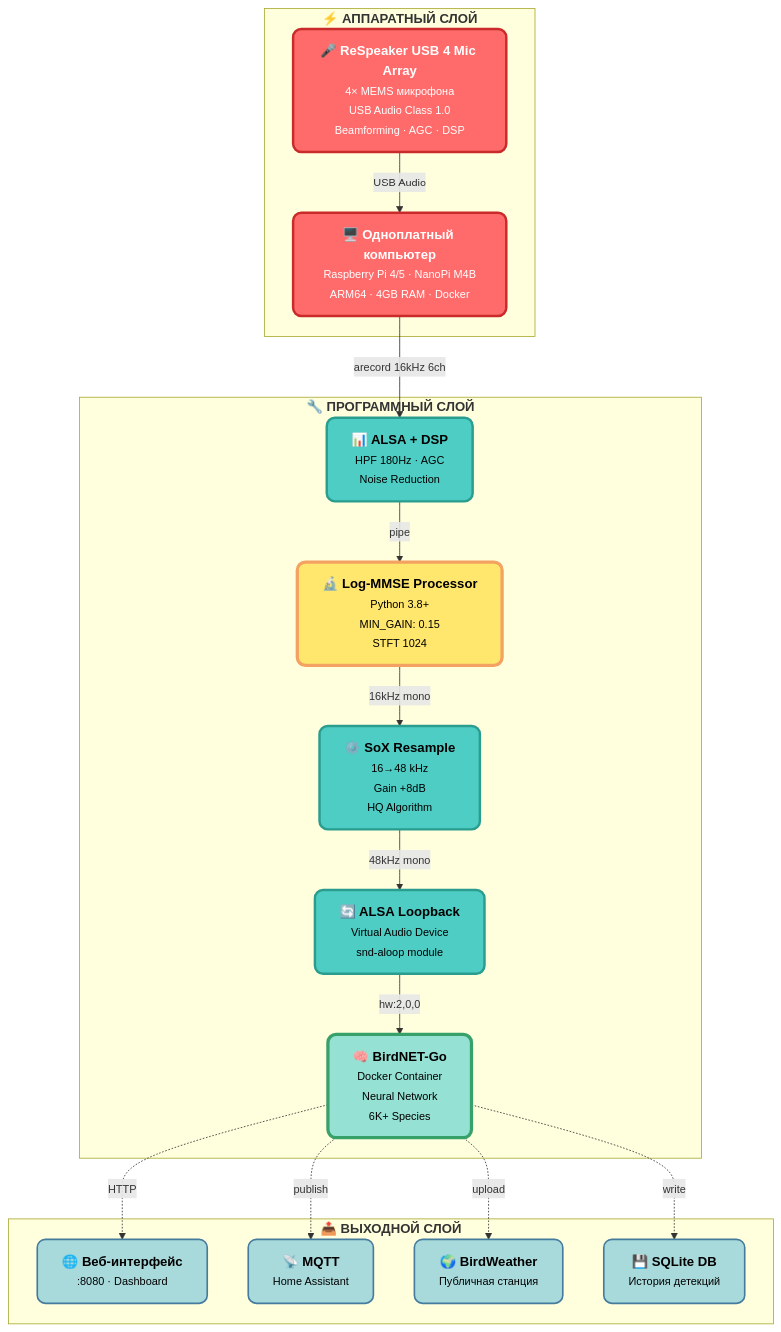
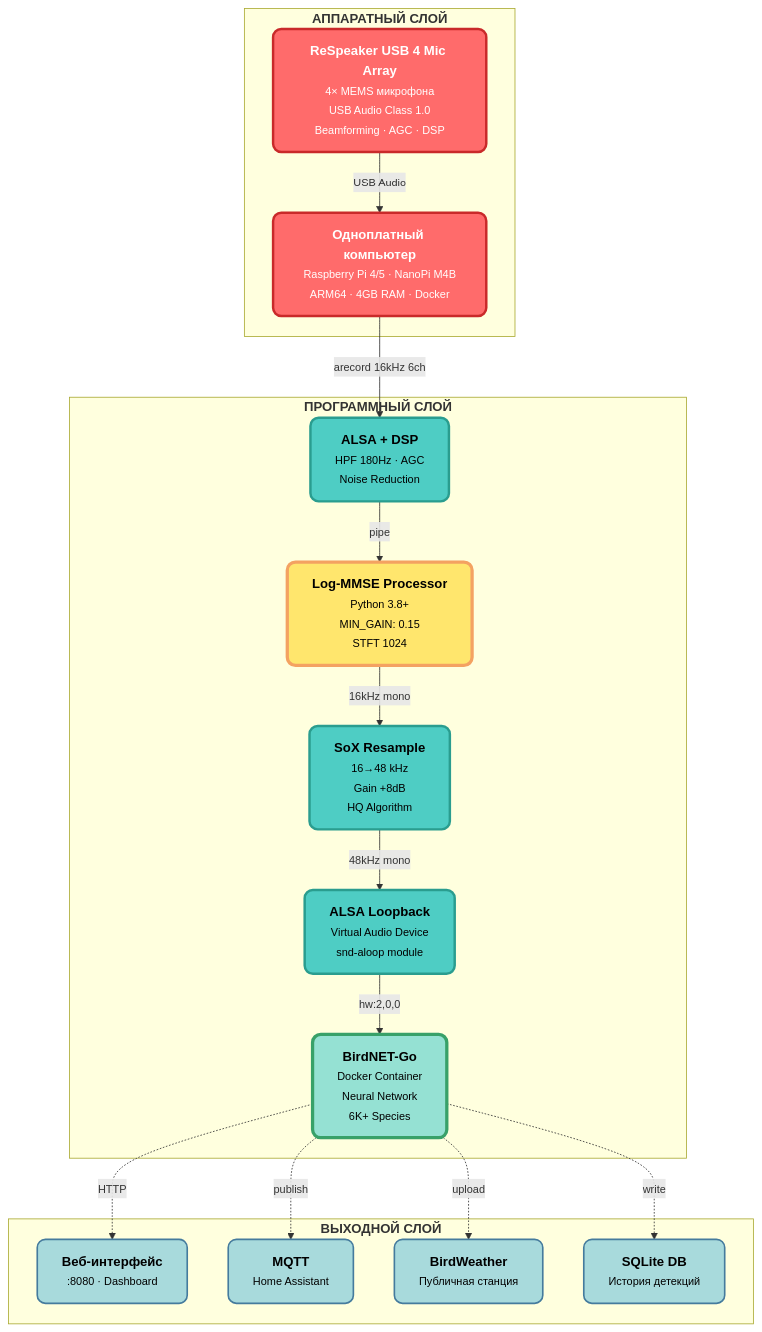
One commit to Gfermoto/birdnet_odas changed the first of 2 diagrams in article.md. Above: the diagram before and after it, drawn with Mermaid. The commit also changed other lines of this file and 2 other files, not shown here.

Commit message:
design: убраны все эмодзи из диаграмм
Эмодзи заменены на строгие текстовые метки:
- Stage 1/2/3/4 вместо номеров с эмодзи
- INPUT/OUTPUT/PROCESSING вместо эмодзи-заголовков
- Чистые названия блоков без иконок

Профессиональный строгий стиль без дешевой графики.

Made-with: Cursor

````diff
--- a/article.md
+++ b/article.md
@@ -98,46 +98,46 @@
 ```mermaid
 %%{init: {'theme':'base', 'themeVariables': { 'fontSize':'15px', 'fontFamily':'system-ui, -apple-system, "Segoe UI", Roboto, sans-serif'}}}%%
 graph TB
-    subgraph HW["<b>⚡ АППАРАТНЫЙ СЛОЙ</b>"]
-        A["<b>🎤 ReSpeaker USB 4 Mic Array</b><br/><small>4× MEMS микрофона<br/>USB Audio Class 1.0<br/>Beamforming · AGC · DSP</small>"]
-        B["<b>🖥️ Одноплатный компьютер</b><br/><small>Raspberry Pi 4/5 · NanoPi M4B<br/>ARM64 · 4GB RAM · Docker</small>"]
+    subgraph HW["<b>АППАРАТНЫЙ СЛОЙ</b>"]
+        A["<b>ReSpeaker USB 4 Mic Array</b><br/><small>4× MEMS микрофона<br/>USB Audio Class 1.0<br/>Beamforming · AGC · DSP</small>"]
+        B["<b>Одноплатный компьютер</b><br/><small>Raspberry Pi 4/5 · NanoPi M4B<br/>ARM64 · 4GB RAM · Docker</small>"]
     end
     
-    subgraph SW["<b>🔧 ПРОГРАММНЫЙ СЛОЙ</b>"]
-        C["<b>📊 ALSA + DSP</b><br/><small>HPF 180Hz · AGC<br/>Noise Reduction</small>"]
-        D["<b>🔬 Log-MMSE Processor</b><br/><small>Python 3.8+<br/>MIN_GAIN: 0.15<br/>STFT 1024</small>"]
-        E["<b>⚙️ SoX Resample</b><br/><small>16→48 kHz<br/>Gain +8dB<br/>HQ Algorithm</small>"]
-        F["<b>🔄 ALSA Loopback</b><br/><small>Virtual Audio Device<br/>snd-aloop module</small>"]
-        G["<b>🧠 BirdNET-Go</b><br/><small>Docker Container<br/>Neural Network<br/>6K+ Species</small>"]
+    subgraph SW["<b>ПРОГРАММНЫЙ СЛОЙ</b>"]
+        C["<b>ALSA + DSP</b><br/><small>HPF 180Hz · AGC<br/>Noise Reduction</small>"]
+        D["<b>Log-MMSE Processor</b><br/><small>Python 3.8+<br/>MIN_GAIN: 0.15<br/>STFT 1024</small>"]
+        E["<b>SoX Resample</b><br/><small>16→48 kHz<br/>Gain +8dB<br/>HQ Algorithm</small>"]
+        F["<b>ALSA Loopback</b><br/><small>Virtual Audio Device<br/>snd-aloop module</small>"]
+        G["<b>BirdNET-Go</b><br/><small>Docker Container<br/>Neural Network<br/>6K+ Species</small>"]
     end
     
-    subgraph OUT["<b>📤 ВЫХОДНОЙ СЛОЙ</b>"]
-        H["<b>🌐 Веб-интерфейс</b><br/><small>:8080 · Dashboard</small>"]
-        I["<b>📡 MQTT</b><br/><small>Home Assistant</small>"]
-        J["<b>🌍 BirdWeather</b><br/><small>Публичная станция</small>"]
-        K["<b>💾 SQLite DB</b><br/><small>История детекций</small>"]
+    subgraph OUT["<b>ВЫХОДНОЙ СЛОЙ</b>"]
+        H["<b>Веб-интерфейс</b><br/><small>:8080 · Dashboard</small>"]
+        I["<b>MQTT</b><br/><small>Home Assistant</small>"]
+        J["<b>BirdWeather</b><br/><small>Публичная станция</small>"]
+        K["<b>SQLite DB</b><br/><small>История детекций</small>"]
     end
     
     A -->|"<small>USB Audio</small>"| B
     B -->|"<small>arecord 16kHz 6ch</small>"| C
     C -->|"<small>pipe</small>"| D
     D -->|"<small>16kHz mono</small>"| E
     E -->|"<small>48kHz mono</small>"| F
     F -->|"<small>hw:2,0,0</small>"| G
     G -.->|"<small>HTTP</small>"| H
     G -.->|"<small>publish</small>"| I
     G -.->|"<small>upload</small>"| J
     G -.->|"<small>write</small>"| K
     
     classDef hardware fill:#FF6B6B,stroke:#C92A2A,stroke-width:3px,color:#fff,rx:10,ry:10
     classDef dsp fill:#4ECDC4,stroke:#2A9D8F,stroke-width:3px,color:#000,rx:10,ry:10
     classDef core fill:#FFE66D,stroke:#F4A261,stroke-width:4px,color:#000,rx:10,ry:10
     classDef ai fill:#95E1D3,stroke:#38A169,stroke-width:4px,color:#000,rx:10,ry:10
     classDef output fill:#A8DADC,stroke:#457B9D,stroke-width:2px,color:#000,rx:10,ry:10
     
     class A,B hardware
     class C,E,F dsp
     class D core
     class G ai
     class H,I,J,K output
 ```
````
